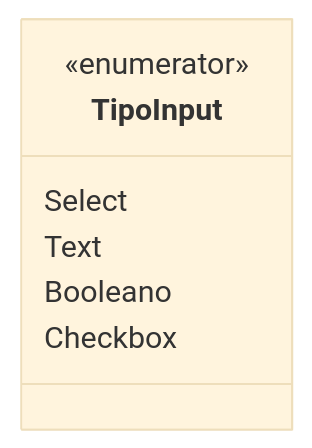
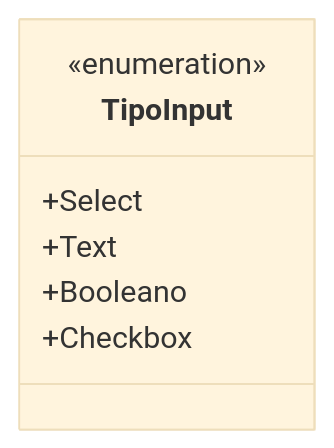
One commit to IsthmusSistemas/documentacao-tecnica changed the diagram in docs/b2b-dominio/IsthmusWinthor.Nucleo/IsthmusWinthor.Dominio/Enumeradores/TipoInput.md. Above: the diagram before and after it, drawn with Mermaid (base theme). The commit also changed other lines of this file and 882 other files, not shown here.

````diff
--- a/docs/b2b-dominio/IsthmusWinthor.Nucleo/IsthmusWinthor.Dominio/Enumeradores/TipoInput.md
+++ b/docs/b2b-dominio/IsthmusWinthor.Nucleo/IsthmusWinthor.Dominio/Enumeradores/TipoInput.md
@@ -13,10 +14,10 @@
 ```mermaid
 classDiagram
     class TipoInput {
-        <<enumerator>>
-        Select
-        Text
-        Booleano
-        Checkbox
+        <<enumeration>>
+        +Select
+        +Text
+        +Booleano
+        +Checkbox
     }
 ```
````
